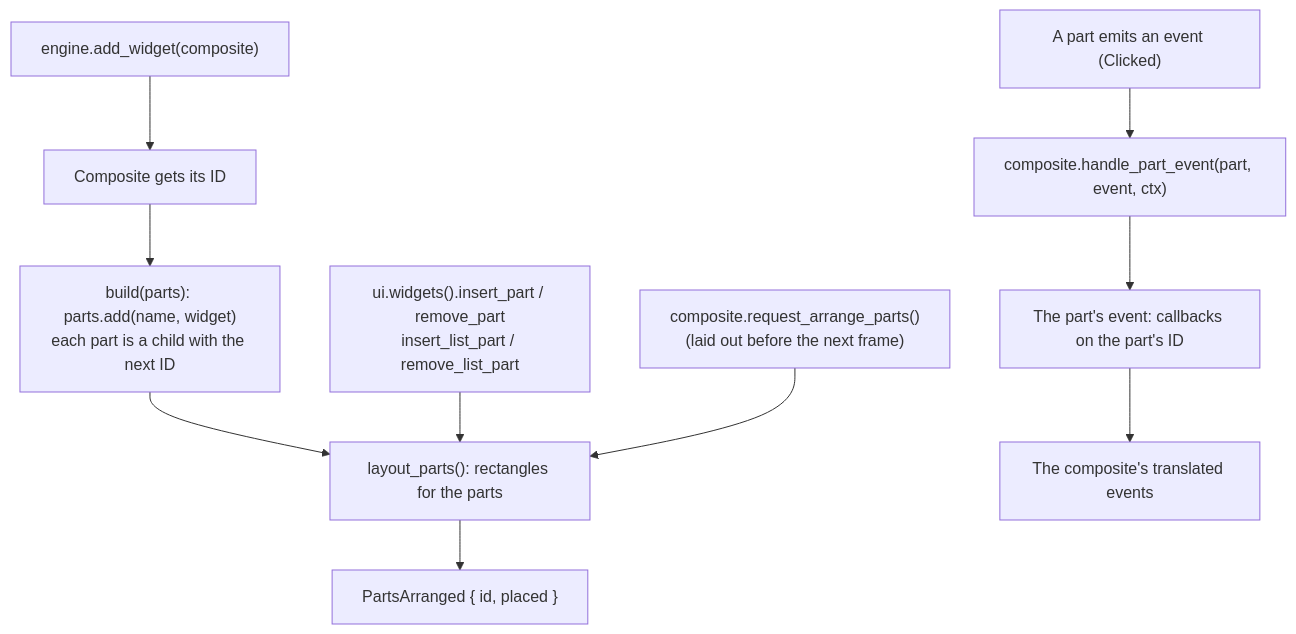
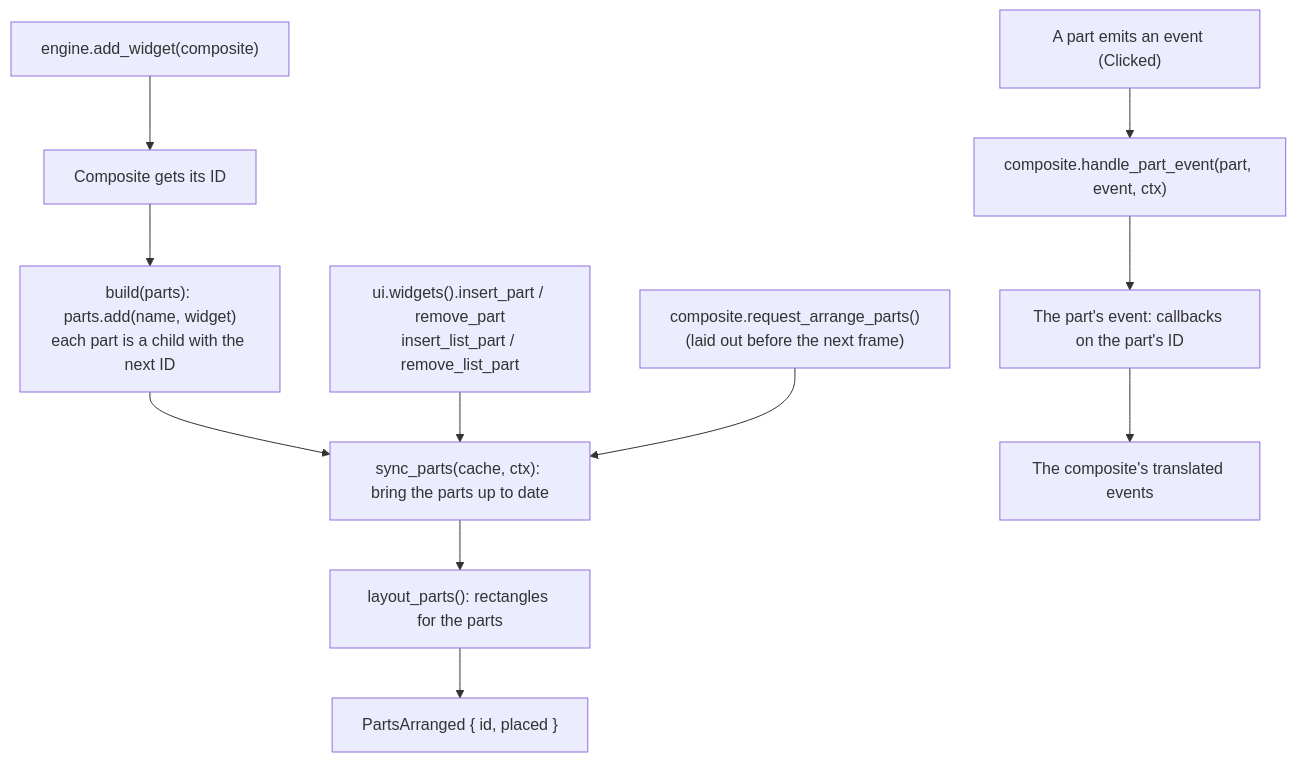
The diagram in pushrod-docs/docs/guides/composite-widgets.md (KenSuenobu/rust-pushrod), drawn with Mermaid before and after one commit. The commit also changed other lines of this file and 35 other files, not shown here.

````diff
--- a/pushrod-docs/docs/guides/composite-widgets.md
+++ b/pushrod-docs/docs/guides/composite-widgets.md
@@ -23,12 +23,13 @@
 ```mermaid
 flowchart TD
     A["engine.add_widget(composite)"] --> B["Composite gets its ID"]
     B --> C["build(parts): parts.add(name, widget)<br/>each part is a child with the next ID"]
-    C --> D["layout_parts(): rectangles for the parts"]
+    C --> S["sync_parts(cache, ctx): bring the parts up to date"]
+    S --> D["layout_parts(): rectangles for the parts"]
     D --> E["PartsArranged { id, placed }"]
-    F["ui.widgets().insert_part / remove_part<br/>insert_list_part / remove_list_part"] --> D
-    K["composite.request_arrange_parts()<br/>(laid out before the next frame)"] --> D
+    F["ui.widgets().insert_part / remove_part<br/>insert_list_part / remove_list_part"] --> S
+    K["composite.request_arrange_parts()<br/>(laid out before the next frame)"] --> S
     G["A part emits an event (Clicked)"] --> H["composite.handle_part_event(part, event, ctx)"]
     H --> I["The part's event: callbacks on the part's ID"]
     I --> J["The composite's translated events"]
 ```
````
